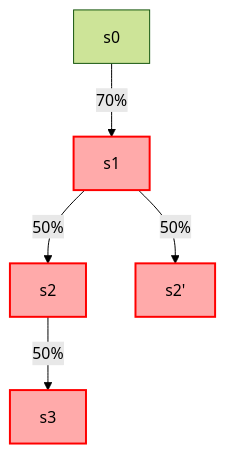
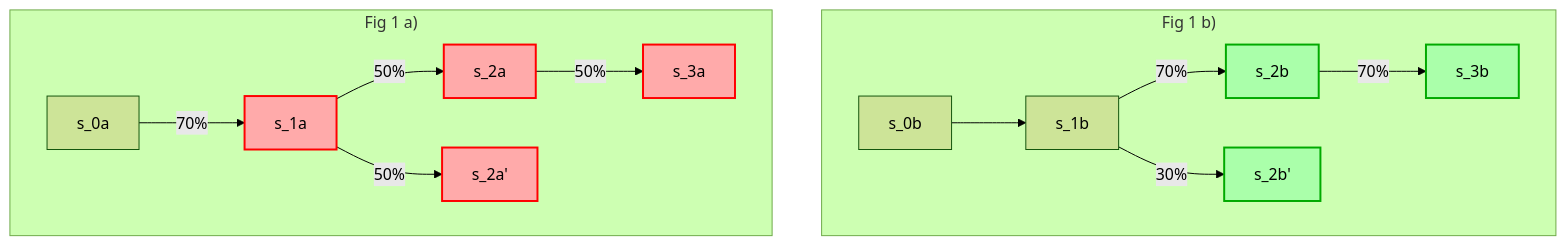
Before and after one commit to movementlabsxyz/MIP: the diagram in MD/md-117/README.md, drawn with Mermaid (forest theme). The commit also changed other lines of this file, not shown here.

Commit message:
next attempt

````diff
--- a/MD/md-117/README.md
+++ b/MD/md-117/README.md
@@ -60,12 +56,30 @@
-    <pre class="mermaid">
+```mermaid
 graph TD
-  s0 -->|70%| s1
-  s1 -->|50%| s2
-  s1 -->|50%| s2'
-  s2 --> |50%| s3
 
-  style s1 fill:#faa,stroke:#f00,stroke-width:2px
-  style s2 fill:#faa,stroke:#f00,stroke-width:2px
-  style s2' fill:#faa,stroke:#f00,stroke-width:2px
-  style s3 fill:#faa,stroke:#f00,stroke-width:2px
-    </pre>
+
+  %% Subgraph for Fig 1 b
+  subgraph "Fig 1 b)"
+    s_0b --> s_1b
+    s_1b -->|70%| s_2b
+    s_1b -->|30%| s_2b'
+    s_2b -->|70%| s_3b
+
+    style s_2b fill:#afa,stroke:#0a0,stroke-width:2px
+    style s_2b' fill:#afa,stroke:#0a0,stroke-width:2px
+    style s_3b fill:#afa,stroke:#0a0,stroke-width:2px
+  end
+
+  %% Subgraph for Fig 1 a
+  subgraph "Fig 1 a)"
+    s_0a -->|70%| s_1a
+    s_1a -->|50%| s_2a
+    s_1a -->|50%| s_2a'
+    s_2a -->|50%| s_3a
+
+    style s_1a fill:#faa,stroke:#f00,stroke-width:2px
+    style s_2a fill:#faa,stroke:#f00,stroke-width:2px
+    style s_2a' fill:#faa,stroke:#f00,stroke-width:2px
+    style s_3a fill:#faa,stroke:#f00,stroke-width:2px
+  end
+
+```
````
